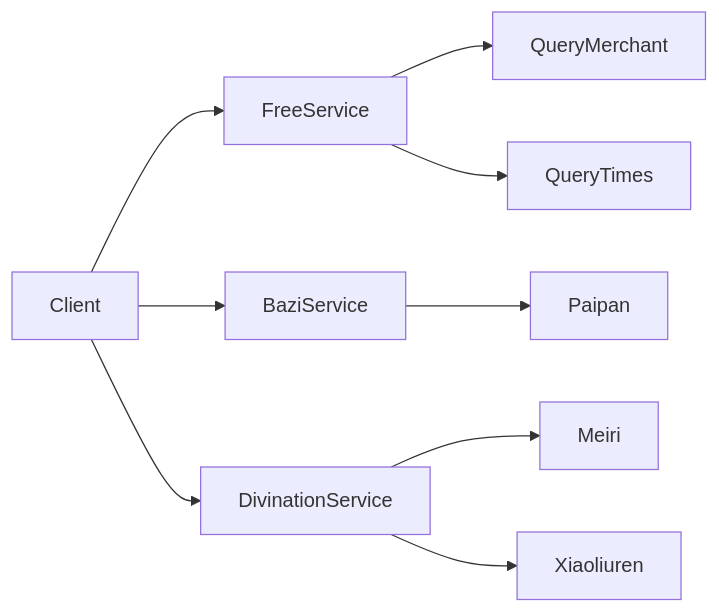
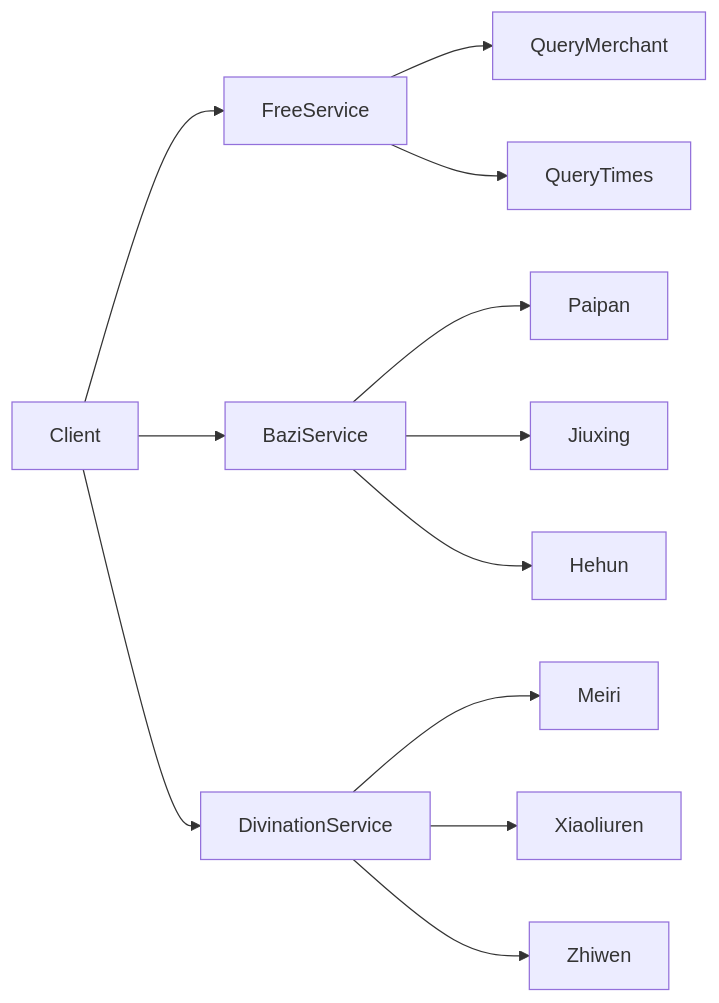
One commit to Scorpio69t/yuanfenju-go-sdk changed the first of 2 diagrams in README.md. Above: the diagram before and after it, drawn with Mermaid. The commit also changed other lines of this file and 7 other files, not shown here.

First line of the commit message:
feat(batch1): 新增 Jiuxing/Hehun/Zhiwen 接口并补齐强类型模型与测试

````diff
--- a/README.md
+++ b/README.md
@@ -58,14 +58,17 @@
 ```mermaid
 flowchart LR
     A[Client] --> B[FreeService]
     A --> C[BaziService]
     A --> D[DivinationService]
 
     B --> B1[QueryMerchant]
     B --> B2[QueryTimes]
 
     C --> C1[Paipan]
+    C --> C2[Jiuxing]
+    C --> C3[Hehun]
 
     D --> D1[Meiri]
     D --> D2[Xiaoliuren]
+    D --> D3[Zhiwen]
 ```
````
